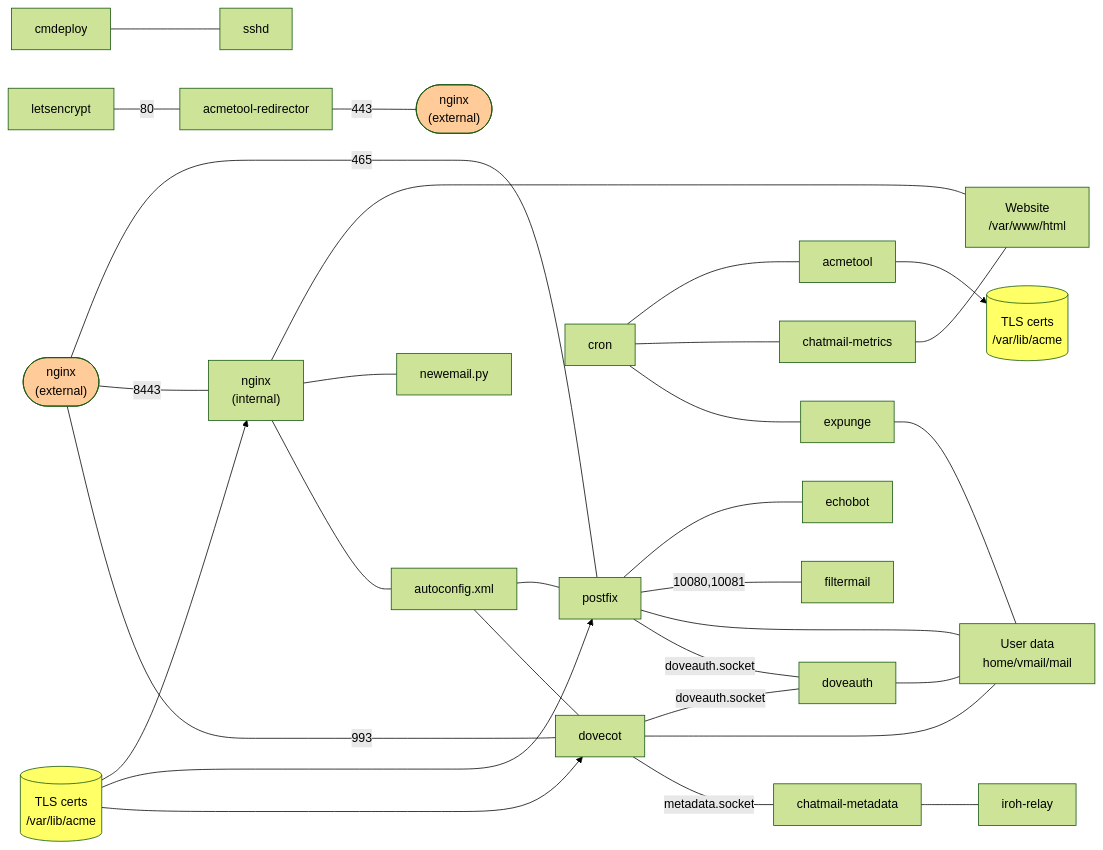
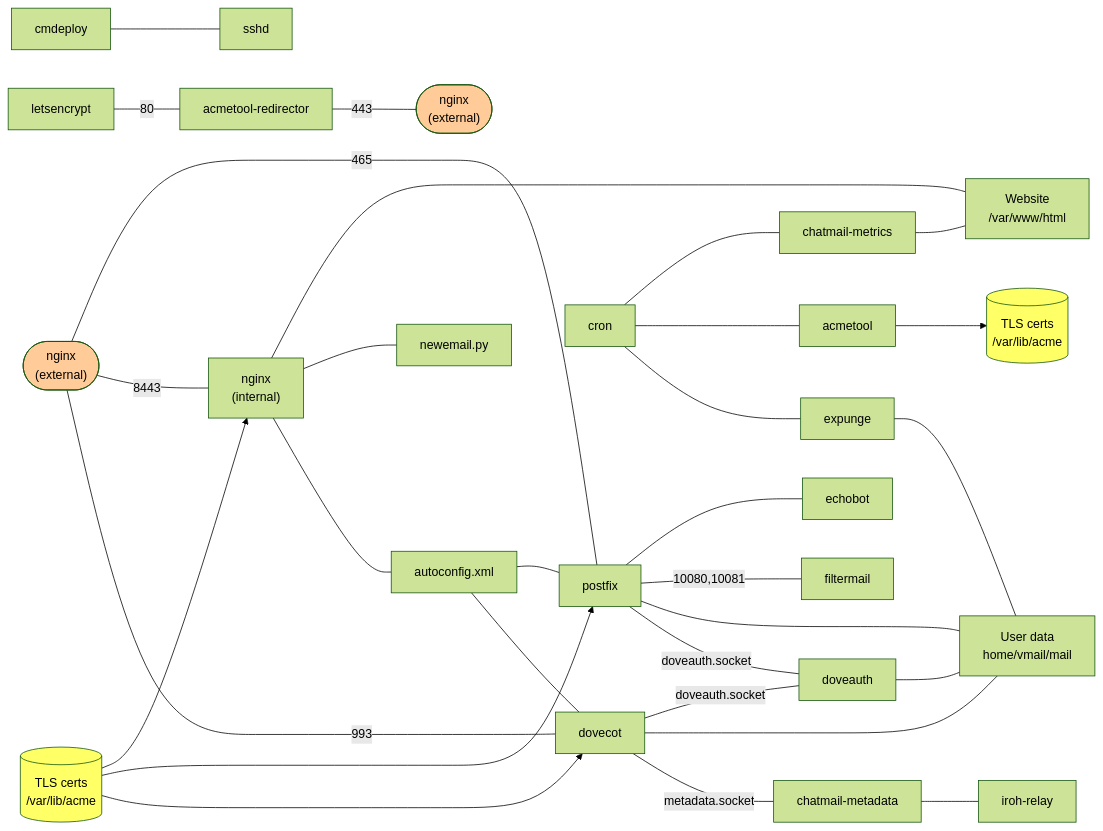
Before and after one commit to cliffmccarthy/chatmail-relay: the diagram in ARCHITECTURE.md, drawn with Mermaid (forest theme). The commit also changed other lines of this file, not shown here.

````diff
--- a/ARCHITECTURE.md
+++ b/ARCHITECTURE.md
@@ -4,43 +4,43 @@
 ```mermaid
 graph LR;
     cmdeploy --- sshd;
     letsencrypt --- |80|acmetool-redirector;
     acmetool-redirector --- |443|nginx-right(["`nginx
     (external)`"]);
     nginx-external --- |465|postfix;
     nginx-external(["`nginx
     (external)`"]) --- |8443|nginx-internal["`nginx
     (internal)`"];
     nginx-internal --- website["`Website
     /var/www/html`"];
     nginx-internal --- newemail.py;
     nginx-internal --- autoconfig.xml;
     certs-nginx[("`TLS certs
     /var/lib/acme`")] --> nginx-internal;
+    cron --- chatmail-metrics;
     cron --- acmetool;
-    cron --- chatmail-metrics;
     cron --- expunge;
     chatmail-metrics --- website;
     acmetool --> certs[("`TLS certs
     /var/lib/acme`")];
     nginx-external --- |993|dovecot;
     autoconfig.xml --- postfix;
     autoconfig.xml --- dovecot;
     postfix --- echobot;
     postfix --- |10080,10081|filtermail;
     postfix --- users["`User data
     home/vmail/mail`"];
     postfix --- |doveauth.socket|doveauth;
     dovecot --- |doveauth.socket|doveauth;
     dovecot --- users;
     dovecot --- |metadata.socket|chatmail-metadata;
     doveauth --- users;
     expunge --- users;
     chatmail-metadata --- iroh-relay;
     certs-nginx --> postfix;
     certs-nginx --> dovecot;
     style certs fill:#ff6;
     style certs-nginx fill:#ff6;
     style nginx-external fill:#fc9;
     style nginx-right fill:#fc9;
 ```
````
